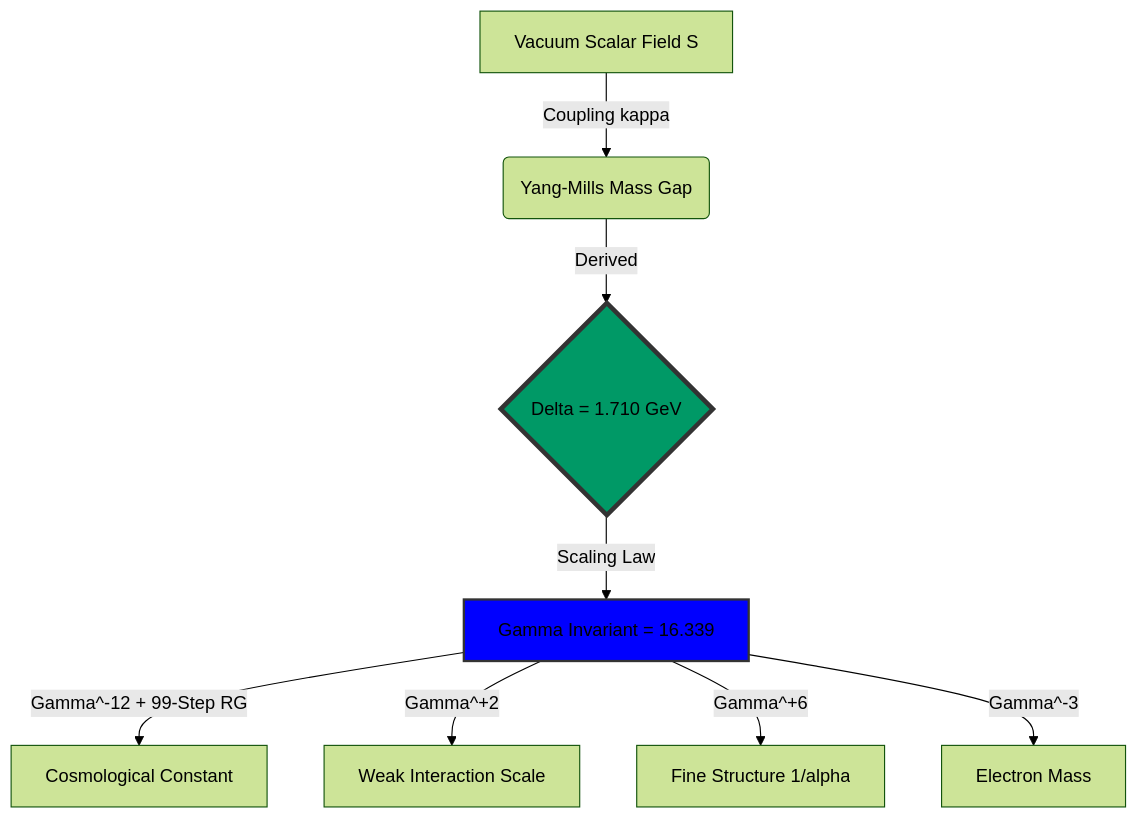
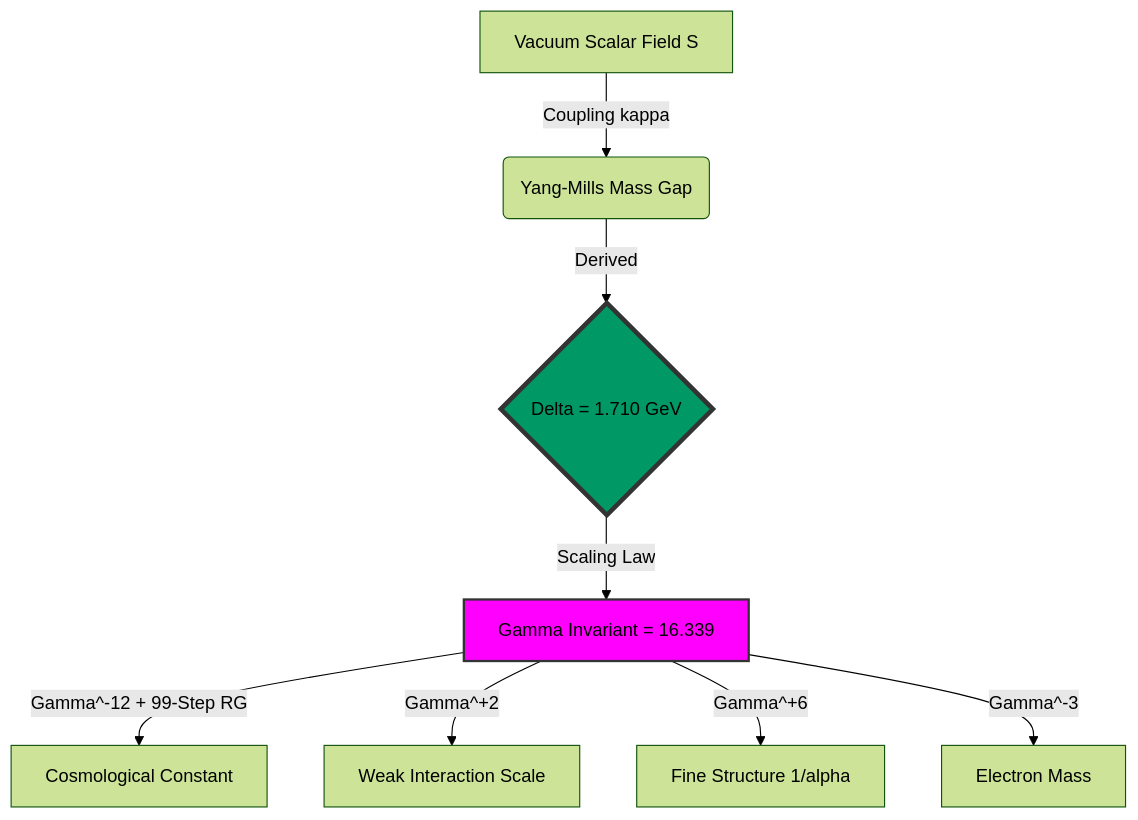
The diagram in README.md (badbugsarts-hue/UIDT-Framework-V3.2-Canonical), drawn with Mermaid (forest theme) before and after one commit.

Commit message:
Change style color for element D in README

`````diff
--- a/README.md
+++ b/README.md
@@ -52,14 +52,14 @@
 ```mermaid
 graph TD
     A[Vacuum Scalar Field S] -->|Coupling kappa| B(Yang-Mills Mass Gap);
     B -->|Derived| C{Delta = 1.710 GeV};
     C -->|Scaling Law| D[Gamma Invariant = 16.339];
     
     D -->|Gamma^-12 + 99-Step RG| E[Cosmological Constant];
     D -->|Gamma^+2| F[Weak Interaction Scale];
     D -->|Gamma^+6| G[Fine Structure 1/alpha];
     D -->|Gamma^-3| H[Electron Mass];
     
     style C fill:#096,stroke:#333,stroke-width:4px
-    style D fill:#00f,stroke:#333,stroke-width:2px
+    style D fill:#f0f,stroke:#333,stroke-width:2px
 ````
`````
